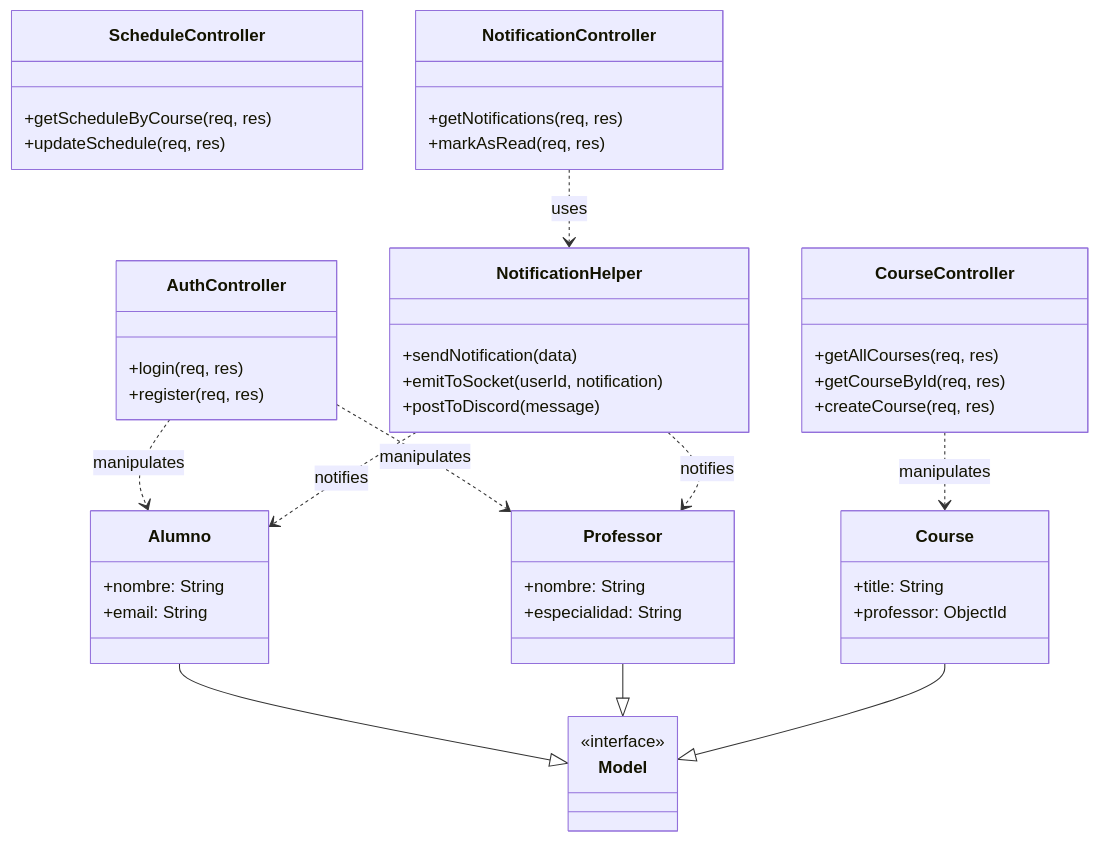
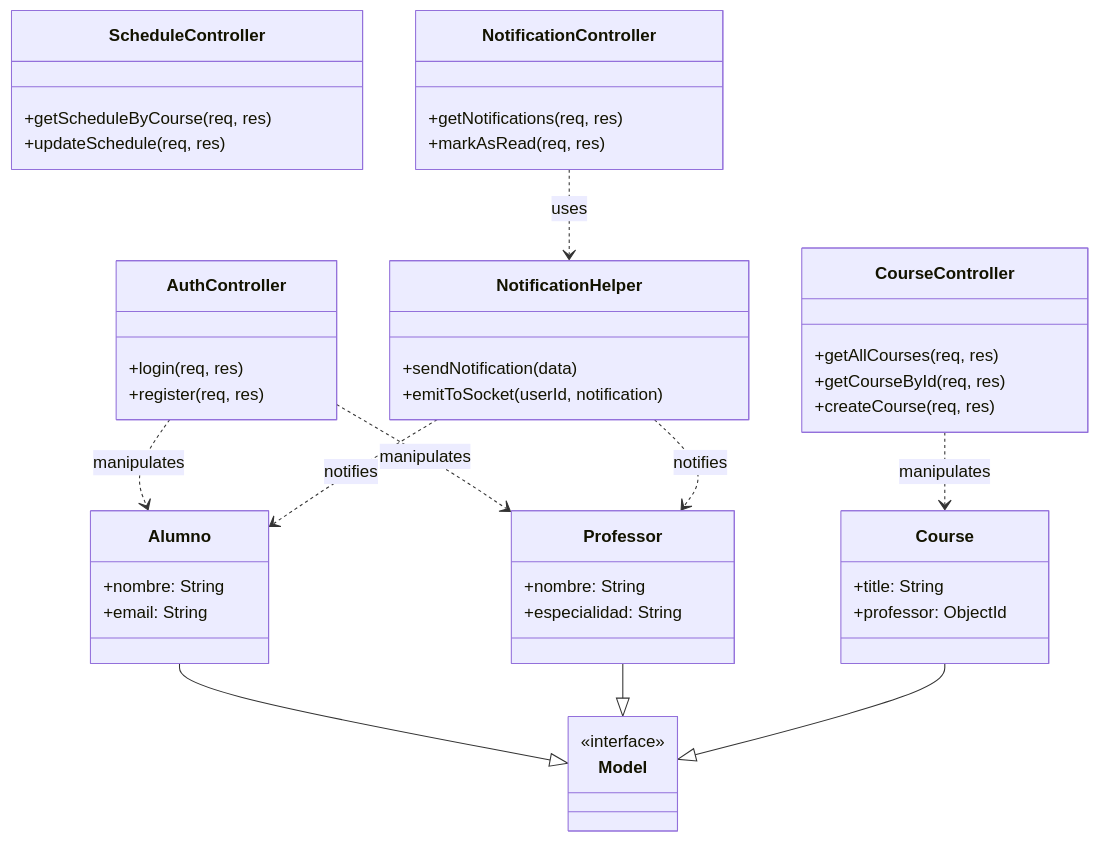
The diagram in doc/C-Disseny/Class-Diagram.md (inspedralbes/projecte-final-2025-26-dam-tf-educonnect-arnaumarc), drawn with Mermaid before and after one commit. The commit also changed 10 other files, not shown here.

````diff
--- a/doc/C-Disseny/Class-Diagram.md
+++ b/doc/C-Disseny/Class-Diagram.md
@@ -5,58 +5,57 @@
 ```mermaid
 classDiagram
     class AuthController {
         +login(req, res)
         +register(req, res)
     }
 
     class CourseController {
         +getAllCourses(req, res)
         +getCourseById(req, res)
         +createCourse(req, res)
     }
 
     class ScheduleController {
         +getScheduleByCourse(req, res)
         +updateSchedule(req, res)
     }
 
     class NotificationController {
         +getNotifications(req, res)
         +markAsRead(req, res)
     }
 
     class NotificationHelper {
         +sendNotification(data)
         +emitToSocket(userId, notification)
-        +postToDiscord(message)
     }
 
     class Model {
         <<interface>>
     }
 
     class Alumno {
         +nombre: String
         +email: String
     }
 
     class Professor {
         +nombre: String
         +especialidad: String
     }
 
     class Course {
         +title: String
         +professor: ObjectId
     }
 
     AuthController ..> Alumno : manipulates
     AuthController ..> Professor : manipulates
     CourseController ..> Course : manipulates
     NotificationController ..> NotificationHelper : uses
     NotificationHelper ..> Alumno : notifies
     NotificationHelper ..> Professor : notifies
     Alumno --|> Model
     Professor --|> Model
     Course --|> Model
 ```
````
